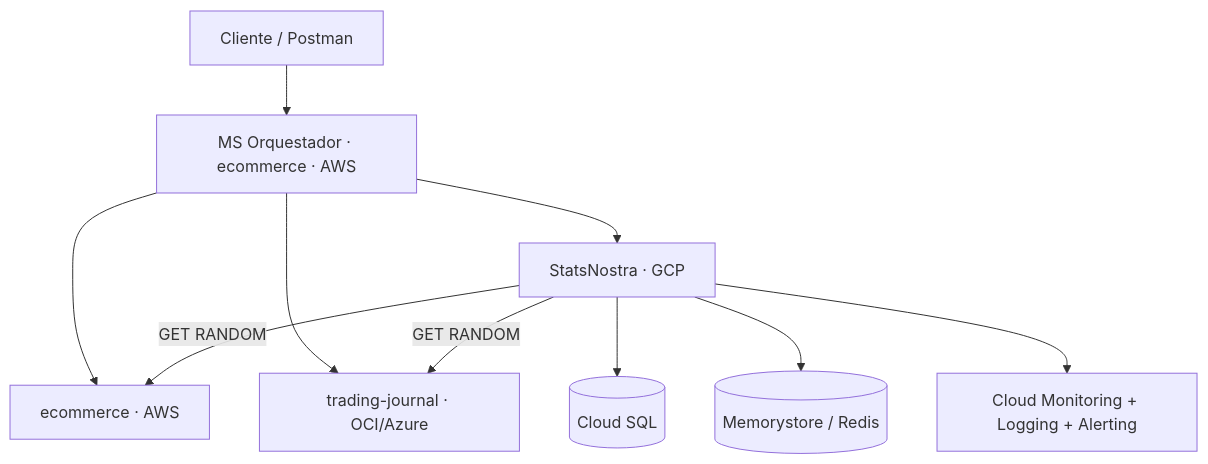
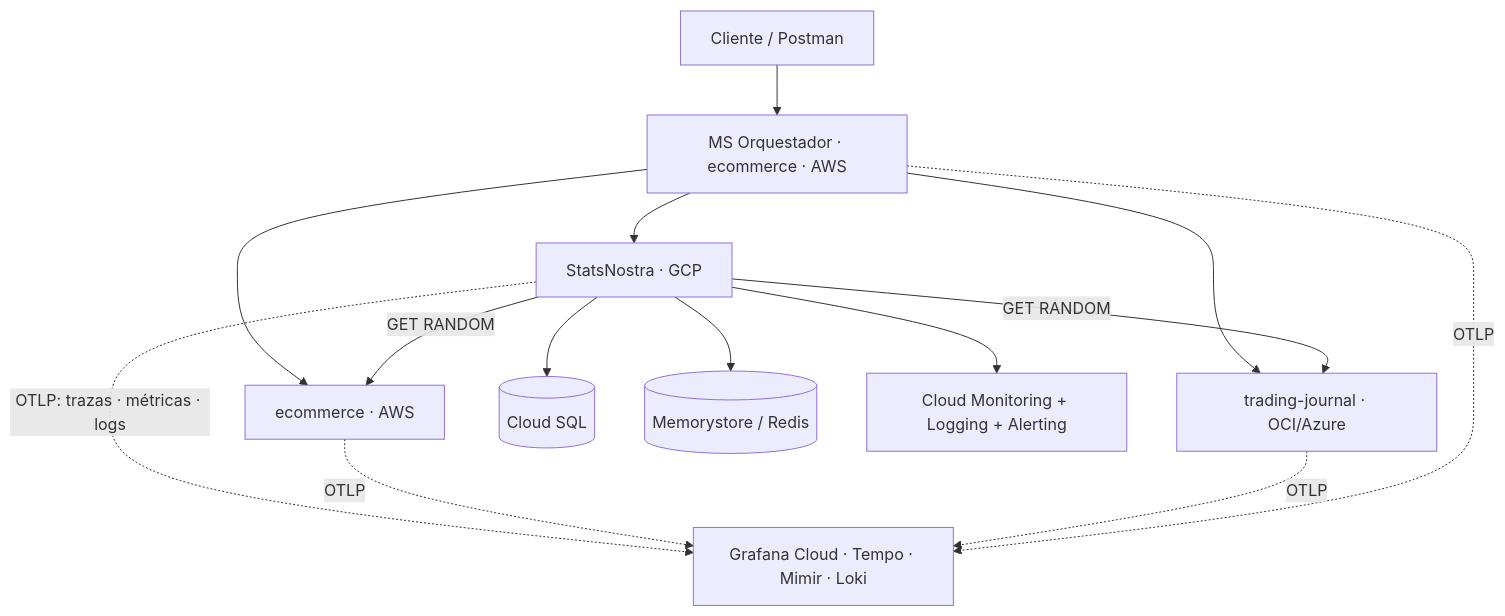
The diagram in README.md (MarianaPineda0/StatsNostra), drawn with Mermaid before and after one commit. The commit also changed other lines of this file, not shown here.

````diff
--- a/README.md
+++ b/README.md
@@ -50,14 +52,19 @@
 ```mermaid
 flowchart TB
     Cliente[Cliente / Postman] --> Orq[MS Orquestador · ecommerce · AWS]
     Orq --> GCP[StatsNostra · GCP]
     Orq --> AWS[ecommerce · AWS]
     Orq --> OCI[trading-journal · OCI/Azure]
 
     GCP -- GET RANDOM --> AWS
     GCP -- GET RANDOM --> OCI
 
     GCP --> CloudSQL[(Cloud SQL)]
     GCP --> Redis[(Memorystore / Redis)]
     GCP --> Monitoring[Cloud Monitoring + Logging + Alerting]
+
+    GCP -. OTLP: trazas · métricas · logs .-> Grafana[Grafana Cloud · Tempo · Mimir · Loki]
+    AWS -. OTLP .-> Grafana
+    OCI -. OTLP .-> Grafana
+    Orq -. OTLP .-> Grafana
 ```
````
